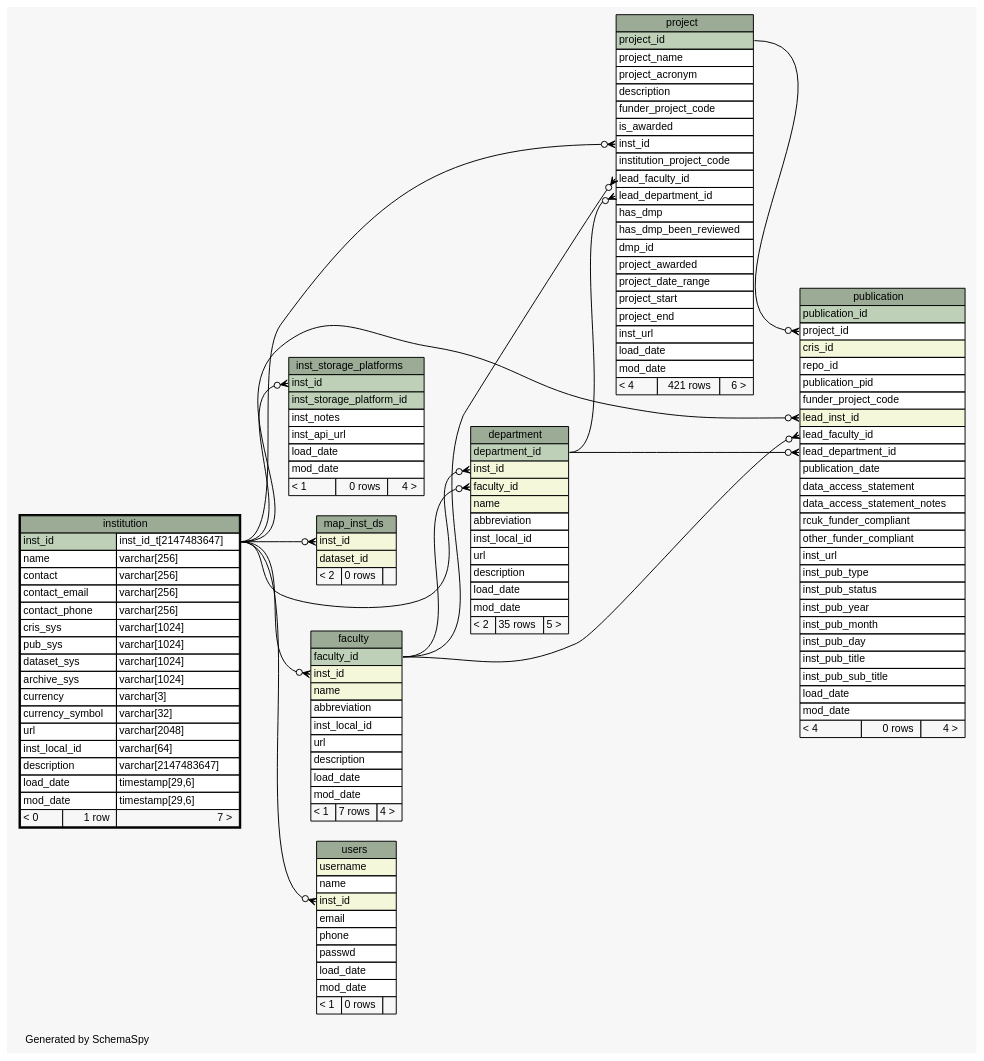
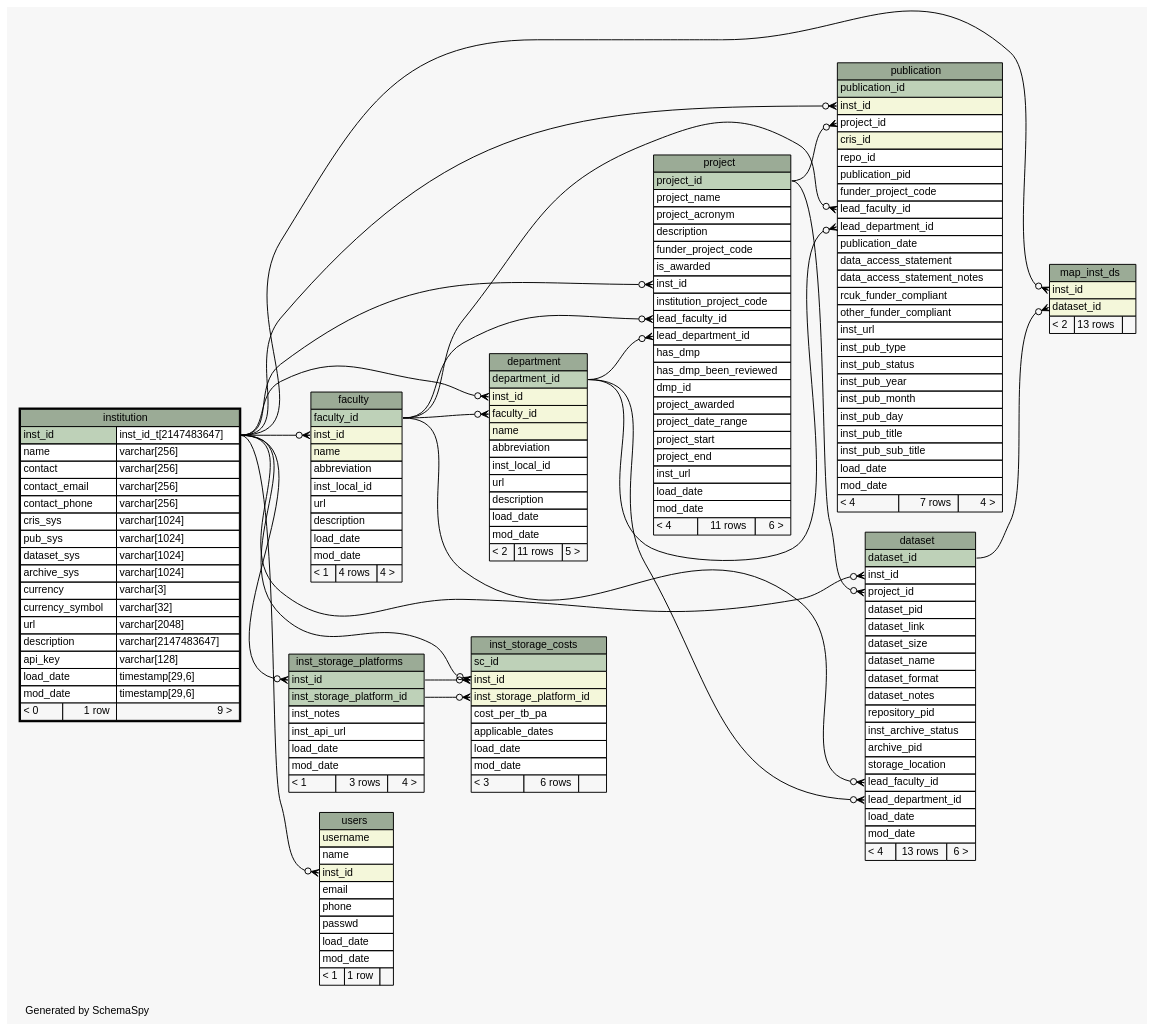
Before and after one commit to lulibrary/dmao_infrastructure: the diagram in ss.out/diagrams/institution.1degree.dot, drawn with Graphviz. The commit also changed 79 other files, not shown here.

Commit message:
Addinf API calls to support simple login and access to APIs using an api_key.

```diff
--- a/ss.out/diagrams/institution.1degree.dot
+++ b/ss.out/diagrams/institution.1degree.dot
@@ -1,4 +1,4 @@
-// dot 2.38.0 on Linux 3.16.0-4-amd64
+// dot 2.36.0 on Linux 3.13.0-63-generic
 // SchemaSpy rev 590
 digraph "oneDegreeRelationshipsDiagram" {
   graph [
@@ -19,19 +19,53 @@
   edge [
     arrowsize="0.8"
   ];
+  "dataset":"inst_id":w -> "institution":"inst_id.type":e [arrowhead=none dir=back arrowtail=crowodot];
+  "dataset":"lead_department_id":w -> "department":"department_id":e [arrowhead=none dir=back arrowtail=crowodot];
+  "dataset":"lead_faculty_id":w -> "faculty":"faculty_id":e [arrowhead=none dir=back arrowtail=crowodot];
+  "dataset":"project_id":w -> "project":"project_id":e [arrowhead=none dir=back arrowtail=crowodot];
   "department":"faculty_id":w -> "faculty":"faculty_id":e [arrowhead=none dir=back arrowtail=crowodot];
   "department":"inst_id":w -> "institution":"inst_id.type":e [arrowhead=none dir=back arrowtail=crowodot];
   "faculty":"inst_id":w -> "institution":"inst_id.type":e [arrowhead=none dir=back arrowtail=crowodot];
+  "inst_storage_costs":"inst_id":w -> "inst_storage_platforms":"inst_id":e [arrowhead=none dir=back arrowtail=crowodot];
+  "inst_storage_costs":"inst_id":w -> "institution":"inst_id.type":e [arrowhead=none dir=back arrowtail=crowodot];
+  "inst_storage_costs":"inst_storage_platform_id":w -> "inst_storage_platforms":"inst_storage_platform_id":e [arrowhead=none dir=back arrowtail=crowodot];
   "inst_storage_platforms":"inst_id":w -> "institution":"inst_id.type":e [arrowhead=none dir=back arrowtail=crowodot];
+  "map_inst_ds":"dataset_id":w -> "dataset":"dataset_id":e [arrowhead=none dir=back arrowtail=crowodot];
   "map_inst_ds":"inst_id":w -> "institution":"inst_id.type":e [arrowhead=none dir=back arrowtail=crowodot];
   "project":"inst_id":w -> "institution":"inst_id.type":e [arrowhead=none dir=back arrowtail=crowodot];
   "project":"lead_department_id":w -> "department":"department_id":e [arrowhead=none dir=back arrowtail=crowodot];
   "project":"lead_faculty_id":w -> "faculty":"faculty_id":e [arrowhead=none dir=back arrowtail=crowodot];
+  "publication":"inst_id":w -> "institution":"inst_id.type":e [arrowhead=none dir=back arrowtail=crowodot];
   "publication":"lead_department_id":w -> "department":"department_id":e [arrowhead=none dir=back arrowtail=crowodot];
   "publication":"lead_faculty_id":w -> "faculty":"faculty_id":e [arrowhead=none dir=back arrowtail=crowodot];
-  "publication":"lead_inst_id":w -> "institution":"inst_id.type":e [arrowhead=none dir=back arrowtail=crowodot];
   "publication":"project_id":w -> "project":"project_id":e [arrowhead=none dir=back arrowtail=crowodot];
   "users":"inst_id":w -> "institution":"inst_id.type":e [arrowhead=none dir=back arrowtail=crowodot];
+  "dataset" [
+    label=<
+    <TABLE BORDER="0" CELLBORDER="1" CELLSPACING="0" BGCOLOR="#ffffff">
+      <TR><TD COLSPAN="3" BGCOLOR="#9bab96" ALIGN="CENTER">dataset</TD></TR>
+      <TR><TD PORT="dataset_id" COLSPAN="3" BGCOLOR="#bed1b8" ALIGN="LEFT">dataset_id</TD></TR>
+      <TR><TD PORT="inst_id" COLSPAN="3" ALIGN="LEFT">inst_id</TD></TR>
+      <TR><TD PORT="project_id" COLSPAN="3" ALIGN="LEFT">project_id</TD></TR>
+      <TR><TD PORT="dataset_pid" COLSPAN="3" ALIGN="LEFT">dataset_pid</TD></TR>
+      <TR><TD PORT="dataset_link" COLSPAN="3" ALIGN="LEFT">dataset_link</TD></TR>
+      <TR><TD PORT="dataset_size" COLSPAN="3" ALIGN="LEFT">dataset_size</TD></TR>
+      <TR><TD PORT="dataset_name" COLSPAN="3" ALIGN="LEFT">dataset_name</TD></TR>
+      <TR><TD PORT="dataset_format" COLSPAN="3" ALIGN="LEFT">dataset_format</TD></TR>
+      <TR><TD PORT="dataset_notes" COLSPAN="3" ALIGN="LEFT">dataset_notes</TD></TR>
+      <TR><TD PORT="repository_pid" COLSPAN="3" ALIGN="LEFT">repository_pid</TD></TR>
+      <TR><TD PORT="inst_archive_status" COLSPAN="3" ALIGN="LEFT">inst_archive_status</TD></TR>
+      <TR><TD PORT="archive_pid" COLSPAN="3" ALIGN="LEFT">archive_pid</TD></TR>
+      <TR><TD PORT="storage_location" COLSPAN="3" ALIGN="LEFT">storage_location</TD></TR>
+      <TR><TD PORT="lead_faculty_id" COLSPAN="3" ALIGN="LEFT">lead_faculty_id</TD></TR>
+      <TR><TD PORT="lead_department_id" COLSPAN="3" ALIGN="LEFT">lead_department_id</TD></TR>
+      <TR><TD PORT="load_date" COLSPAN="3" ALIGN="LEFT">load_date</TD></TR>
+      <TR><TD PORT="mod_date" COLSPAN="3" ALIGN="LEFT">mod_date</TD></TR>
+      <TR><TD ALIGN="LEFT" BGCOLOR="#f7f7f7">&lt; 4</TD><TD ALIGN="RIGHT" BGCOLOR="#f7f7f7">13 rows</TD><TD ALIGN="RIGHT" BGCOLOR="#f7f7f7">6 &gt;</TD></TR>
+    </TABLE>>
+    URL="dataset.html"
+    tooltip="dataset"
+  ];
   "department" [
     label=<
     <TABLE BORDER="0" CELLBORDER="1" CELLSPACING="0" BGCOLOR="#ffffff">
@@ -46,7 +80,7 @@
       <TR><TD PORT="description" COLSPAN="3" ALIGN="LEFT">description</TD></TR>
       <TR><TD PORT="load_date" COLSPAN="3" ALIGN="LEFT">load_date</TD></TR>
       <TR><TD PORT="mod_date" COLSPAN="3" ALIGN="LEFT">mod_date</TD></TR>
-      <TR><TD ALIGN="LEFT" BGCOLOR="#f7f7f7">&lt; 2</TD><TD ALIGN="RIGHT" BGCOLOR="#f7f7f7">35 rows</TD><TD ALIGN="RIGHT" BGCOLOR="#f7f7f7">5 &gt;</TD></TR>
+      <TR><TD ALIGN="LEFT" BGCOLOR="#f7f7f7">&lt; 2</TD><TD ALIGN="RIGHT" BGCOLOR="#f7f7f7">11 rows</TD><TD ALIGN="RIGHT" BGCOLOR="#f7f7f7">5 &gt;</TD></TR>
     </TABLE>>
     URL="department.html"
     tooltip="department"
@@ -64,10 +98,26 @@
       <TR><TD PORT="description" COLSPAN="3" ALIGN="LEFT">description</TD></TR>
       <TR><TD PORT="load_date" COLSPAN="3" ALIGN="LEFT">load_date</TD></TR>
       <TR><TD PORT="mod_date" COLSPAN="3" ALIGN="LEFT">mod_date</TD></TR>
-      <TR><TD ALIGN="LEFT" BGCOLOR="#f7f7f7">&lt; 1</TD><TD ALIGN="RIGHT" BGCOLOR="#f7f7f7">7 rows</TD><TD ALIGN="RIGHT" BGCOLOR="#f7f7f7">4 &gt;</TD></TR>
+      <TR><TD ALIGN="LEFT" BGCOLOR="#f7f7f7">&lt; 1</TD><TD ALIGN="RIGHT" BGCOLOR="#f7f7f7">4 rows</TD><TD ALIGN="RIGHT" BGCOLOR="#f7f7f7">4 &gt;</TD></TR>
     </TABLE>>
     URL="faculty.html"
     tooltip="faculty"
+  ];
+  "inst_storage_costs" [
+    label=<
+    <TABLE BORDER="0" CELLBORDER="1" CELLSPACING="0" BGCOLOR="#ffffff">
+      <TR><TD COLSPAN="3" BGCOLOR="#9bab96" ALIGN="CENTER">inst_storage_costs</TD></TR>
+      <TR><TD PORT="sc_id" COLSPAN="3" BGCOLOR="#bed1b8" ALIGN="LEFT">sc_id</TD></TR>
+      <TR><TD PORT="inst_id" COLSPAN="3" BGCOLOR="#f4f7da" ALIGN="LEFT">inst_id</TD></TR>
+      <TR><TD PORT="inst_storage_platform_id" COLSPAN="3" BGCOLOR="#f4f7da" ALIGN="LEFT">inst_storage_platform_id</TD></TR>
+      <TR><TD PORT="cost_per_tb_pa" COLSPAN="3" ALIGN="LEFT">cost_per_tb_pa</TD></TR>
+      <TR><TD PORT="applicable_dates" COLSPAN="3" ALIGN="LEFT">applicable_dates</TD></TR>
+      <TR><TD PORT="load_date" COLSPAN="3" ALIGN="LEFT">load_date</TD></TR>
+      <TR><TD PORT="mod_date" COLSPAN="3" ALIGN="LEFT">mod_date</TD></TR>
+      <TR><TD ALIGN="LEFT" BGCOLOR="#f7f7f7">&lt; 3</TD><TD ALIGN="RIGHT" BGCOLOR="#f7f7f7">6 rows</TD><TD ALIGN="RIGHT" BGCOLOR="#f7f7f7">  </TD></TR>
+    </TABLE>>
+    URL="inst_storage_costs.html"
+    tooltip="inst_storage_costs"
   ];
   "inst_storage_platforms" [
     label=<
@@ -79,7 +129,7 @@
       <TR><TD PORT="inst_api_url" COLSPAN="3" ALIGN="LEFT">inst_api_url</TD></TR>
       <TR><TD PORT="load_date" COLSPAN="3" ALIGN="LEFT">load_date</TD></TR>
       <TR><TD PORT="mod_date" COLSPAN="3" ALIGN="LEFT">mod_date</TD></TR>
-      <TR><TD ALIGN="LEFT" BGCOLOR="#f7f7f7">&lt; 1</TD><TD ALIGN="RIGHT" BGCOLOR="#f7f7f7">0 rows</TD><TD ALIGN="RIGHT" BGCOLOR="#f7f7f7">4 &gt;</TD></TR>
+      <TR><TD ALIGN="LEFT" BGCOLOR="#f7f7f7">&lt; 1</TD><TD ALIGN="RIGHT" BGCOLOR="#f7f7f7">3 rows</TD><TD ALIGN="RIGHT" BGCOLOR="#f7f7f7">4 &gt;</TD></TR>
     </TABLE>>
     URL="inst_storage_platforms.html"
     tooltip="inst_storage_platforms"
@@ -100,11 +150,11 @@
       <TR><TD PORT="currency" COLSPAN="2" ALIGN="LEFT">currency</TD><TD PORT="currency.type" ALIGN="LEFT">varchar[3]</TD></TR>
       <TR><TD PORT="currency_symbol" COLSPAN="2" ALIGN="LEFT">currency_symbol</TD><TD PORT="currency_symbol.type" ALIGN="LEFT">varchar[32]</TD></TR>
       <TR><TD PORT="url" COLSPAN="2" ALIGN="LEFT">url</TD><TD PORT="url.type" ALIGN="LEFT">varchar[2048]</TD></TR>
-      <TR><TD PORT="inst_local_id" COLSPAN="2" ALIGN="LEFT">inst_local_id</TD><TD PORT="inst_local_id.type" ALIGN="LEFT">varchar[64]</TD></TR>
       <TR><TD PORT="description" COLSPAN="2" ALIGN="LEFT">description</TD><TD PORT="description.type" ALIGN="LEFT">varchar[2147483647]</TD></TR>
+      <TR><TD PORT="api_key" COLSPAN="2" ALIGN="LEFT">api_key</TD><TD PORT="api_key.type" ALIGN="LEFT">varchar[128]</TD></TR>
       <TR><TD PORT="load_date" COLSPAN="2" ALIGN="LEFT">load_date</TD><TD PORT="load_date.type" ALIGN="LEFT">timestamp[29,6]</TD></TR>
       <TR><TD PORT="mod_date" COLSPAN="2" ALIGN="LEFT">mod_date</TD><TD PORT="mod_date.type" ALIGN="LEFT">timestamp[29,6]</TD></TR>
-      <TR><TD ALIGN="LEFT" BGCOLOR="#f7f7f7">&lt; 0</TD><TD ALIGN="RIGHT" BGCOLOR="#f7f7f7">1 row</TD><TD ALIGN="RIGHT" BGCOLOR="#f7f7f7">7 &gt;</TD></TR>
+      <TR><TD ALIGN="LEFT" BGCOLOR="#f7f7f7">&lt; 0</TD><TD ALIGN="RIGHT" BGCOLOR="#f7f7f7">1 row</TD><TD ALIGN="RIGHT" BGCOLOR="#f7f7f7">9 &gt;</TD></TR>
     </TABLE>>
     URL="institution.html"
     tooltip="institution"
@@ -115,7 +165,7 @@
       <TR><TD COLSPAN="3" BGCOLOR="#9bab96" ALIGN="CENTER">map_inst_ds</TD></TR>
       <TR><TD PORT="inst_id" COLSPAN="3" BGCOLOR="#f4f7da" ALIGN="LEFT">inst_id</TD></TR>
       <TR><TD PORT="dataset_id" COLSPAN="3" BGCOLOR="#f4f7da" ALIGN="LEFT">dataset_id</TD></TR>
-      <TR><TD ALIGN="LEFT" BGCOLOR="#f7f7f7">&lt; 2</TD><TD ALIGN="RIGHT" BGCOLOR="#f7f7f7">0 rows</TD><TD ALIGN="RIGHT" BGCOLOR="#f7f7f7">  </TD></TR>
+      <TR><TD ALIGN="LEFT" BGCOLOR="#f7f7f7">&lt; 2</TD><TD ALIGN="RIGHT" BGCOLOR="#f7f7f7">13 rows</TD><TD ALIGN="RIGHT" BGCOLOR="#f7f7f7">  </TD></TR>
     </TABLE>>
     URL="map_inst_ds.html"
     tooltip="map_inst_ds"
@@ -144,7 +194,7 @@
       <TR><TD PORT="inst_url" COLSPAN="3" ALIGN="LEFT">inst_url</TD></TR>
       <TR><TD PORT="load_date" COLSPAN="3" ALIGN="LEFT">load_date</TD></TR>
       <TR><TD PORT="mod_date" COLSPAN="3" ALIGN="LEFT">mod_date</TD></TR>
-      <TR><TD ALIGN="LEFT" BGCOLOR="#f7f7f7">&lt; 4</TD><TD ALIGN="RIGHT" BGCOLOR="#f7f7f7">421 rows</TD><TD ALIGN="RIGHT" BGCOLOR="#f7f7f7">6 &gt;</TD></TR>
+      <TR><TD ALIGN="LEFT" BGCOLOR="#f7f7f7">&lt; 4</TD><TD ALIGN="RIGHT" BGCOLOR="#f7f7f7">11 rows</TD><TD ALIGN="RIGHT" BGCOLOR="#f7f7f7">6 &gt;</TD></TR>
     </TABLE>>
     URL="project.html"
     tooltip="project"
@@ -154,12 +204,12 @@
     <TABLE BORDER="0" CELLBORDER="1" CELLSPACING="0" BGCOLOR="#ffffff">
       <TR><TD COLSPAN="3" BGCOLOR="#9bab96" ALIGN="CENTER">publication</TD></TR>
       <TR><TD PORT="publication_id" COLSPAN="3" BGCOLOR="#bed1b8" ALIGN="LEFT">publication_id</TD></TR>
+      <TR><TD PORT="inst_id" COLSPAN="3" BGCOLOR="#f4f7da" ALIGN="LEFT">inst_id</TD></TR>
       <TR><TD PORT="project_id" COLSPAN="3" ALIGN="LEFT">project_id</TD></TR>
       <TR><TD PORT="cris_id" COLSPAN="3" BGCOLOR="#f4f7da" ALIGN="LEFT">cris_id</TD></TR>
       <TR><TD PORT="repo_id" COLSPAN="3" ALIGN="LEFT">repo_id</TD></TR>
       <TR><TD PORT="publication_pid" COLSPAN="3" ALIGN="LEFT">publication_pid</TD></TR>
       <TR><TD PORT="funder_project_code" COLSPAN="3" ALIGN="LEFT">funder_project_code</TD></TR>
-      <TR><TD PORT="lead_inst_id" COLSPAN="3" BGCOLOR="#f4f7da" ALIGN="LEFT">lead_inst_id</TD></TR>
       <TR><TD PORT="lead_faculty_id" COLSPAN="3" ALIGN="LEFT">lead_faculty_id</TD></TR>
       <TR><TD PORT="lead_department_id" COLSPAN="3" ALIGN="LEFT">lead_department_id</TD></TR>
       <TR><TD PORT="publication_date" COLSPAN="3" ALIGN="LEFT">publication_date</TD></TR>
@@ -177,7 +227,7 @@
       <TR><TD PORT="inst_pub_sub_title" COLSPAN="3" ALIGN="LEFT">inst_pub_sub_title</TD></TR>
       <TR><TD PORT="load_date" COLSPAN="3" ALIGN="LEFT">load_date</TD></TR>
       <TR><TD PORT="mod_date" COLSPAN="3" ALIGN="LEFT">mod_date</TD></TR>
-      <TR><TD ALIGN="LEFT" BGCOLOR="#f7f7f7">&lt; 4</TD><TD ALIGN="RIGHT" BGCOLOR="#f7f7f7">0 rows</TD><TD ALIGN="RIGHT" BGCOLOR="#f7f7f7">4 &gt;</TD></TR>
+      <TR><TD ALIGN="LEFT" BGCOLOR="#f7f7f7">&lt; 4</TD><TD ALIGN="RIGHT" BGCOLOR="#f7f7f7">7 rows</TD><TD ALIGN="RIGHT" BGCOLOR="#f7f7f7">4 &gt;</TD></TR>
     </TABLE>>
     URL="publication.html"
     tooltip="publication"
@@ -194,7 +244,7 @@
       <TR><TD PORT="passwd" COLSPAN="3" ALIGN="LEFT">passwd</TD></TR>
       <TR><TD PORT="load_date" COLSPAN="3" ALIGN="LEFT">load_date</TD></TR>
       <TR><TD PORT="mod_date" COLSPAN="3" ALIGN="LEFT">mod_date</TD></TR>
-      <TR><TD ALIGN="LEFT" BGCOLOR="#f7f7f7">&lt; 1</TD><TD ALIGN="RIGHT" BGCOLOR="#f7f7f7">0 rows</TD><TD ALIGN="RIGHT" BGCOLOR="#f7f7f7">  </TD></TR>
+      <TR><TD ALIGN="LEFT" BGCOLOR="#f7f7f7">&lt; 1</TD><TD ALIGN="RIGHT" BGCOLOR="#f7f7f7">1 row</TD><TD ALIGN="RIGHT" BGCOLOR="#f7f7f7">  </TD></TR>
     </TABLE>>
     URL="users.html"
     tooltip="users"
```
